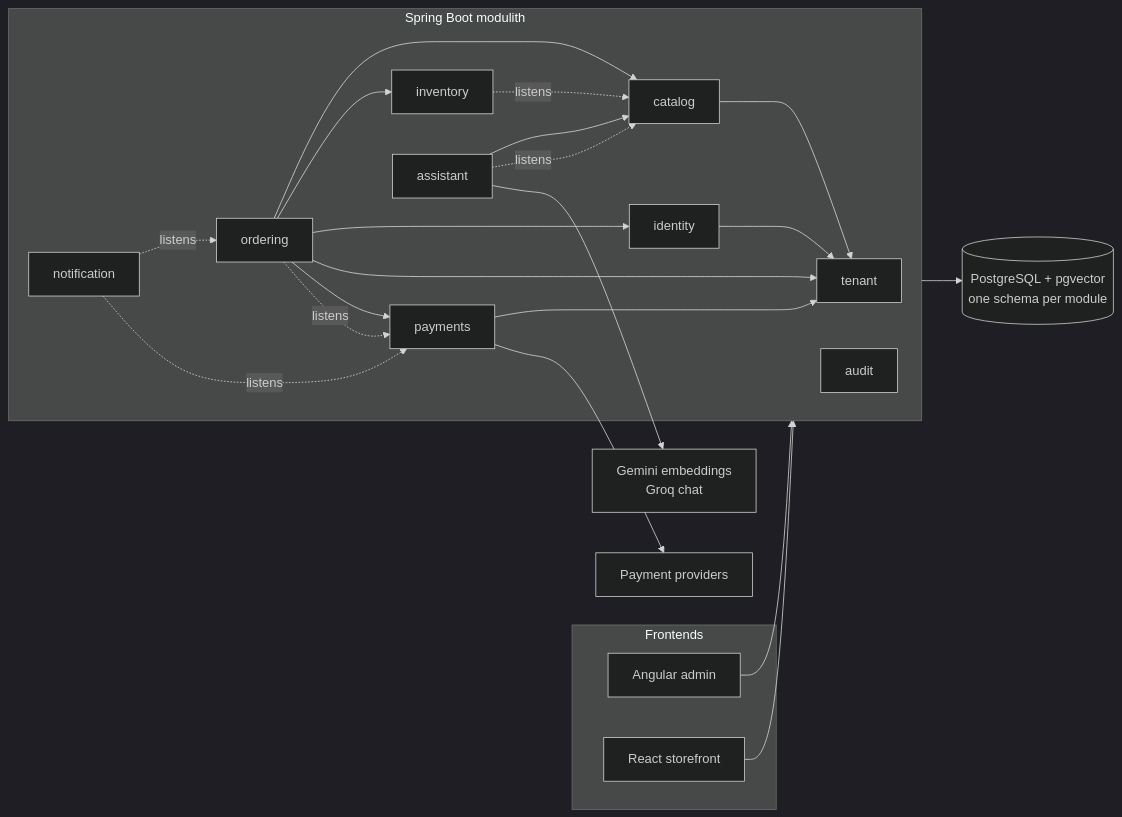
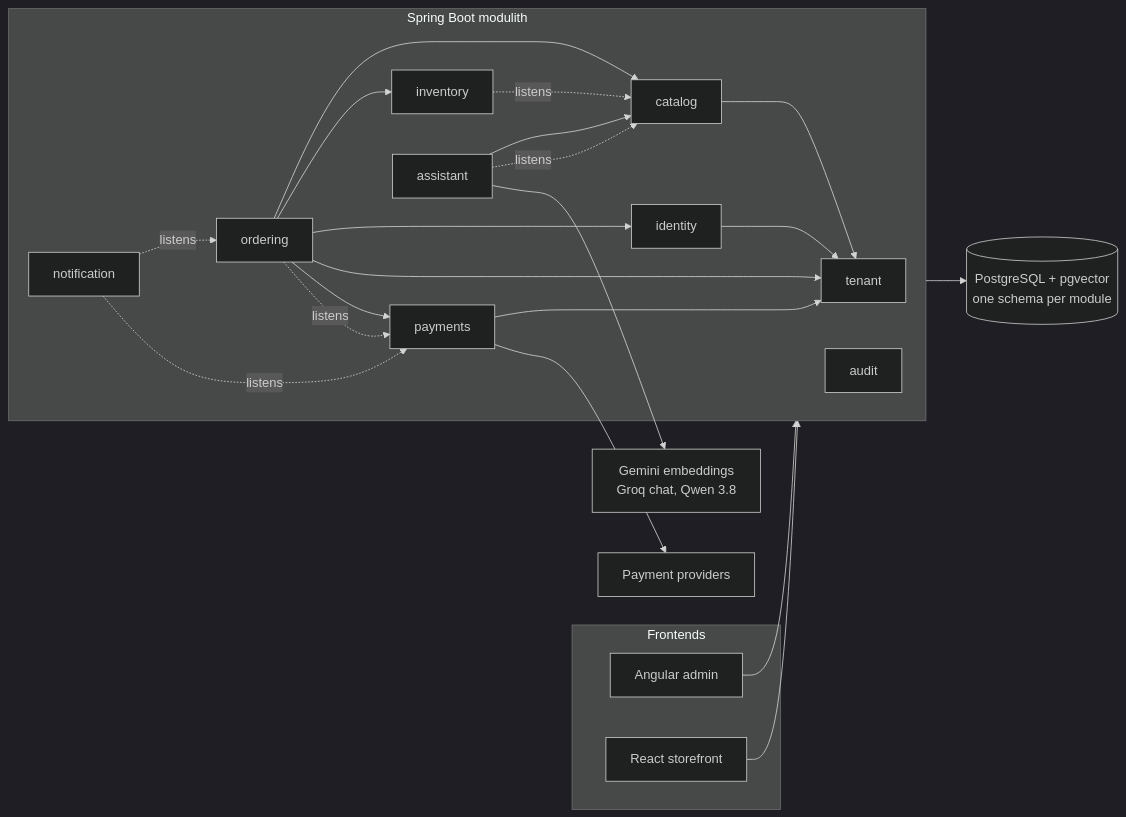
Before and after one commit to hezronokwach/sme-commerce-platform: the diagram in README.md, drawn with Mermaid (dark theme). The commit also changed other lines of this file and 3 other files, not shown here.

````diff
--- a/README.md
+++ b/README.md
@@ -22,32 +22,32 @@
 ```mermaid
 flowchart LR
     subgraph Frontends
         A[Angular admin]
         S[React storefront]
     end
     subgraph Backend["Spring Boot modulith"]
         T[tenant]
         I[identity]
         C[catalog]
         INV[inventory]
         O[ordering]
         P[payments]
         N[notification]
         AS[assistant]
         AU[audit]
     end
     A --> Backend
     S --> Backend
     I --> T
     C --> T
     O --> C & INV & I & T & P
     P --> T
     AS --> C
     INV -. listens .-> C
     AS -. listens .-> C
     O -. listens .-> P
     N -. listens .-> O & P
     Backend --> DB[(PostgreSQL + pgvector<br/>one schema per module)]
     P --> Prov[Payment providers]
-    AS --> AI[Gemini embeddings<br/>Groq chat]
+    AS --> AI[Gemini embeddings<br/>Groq chat, Qwen 3.8]
 ```
````
